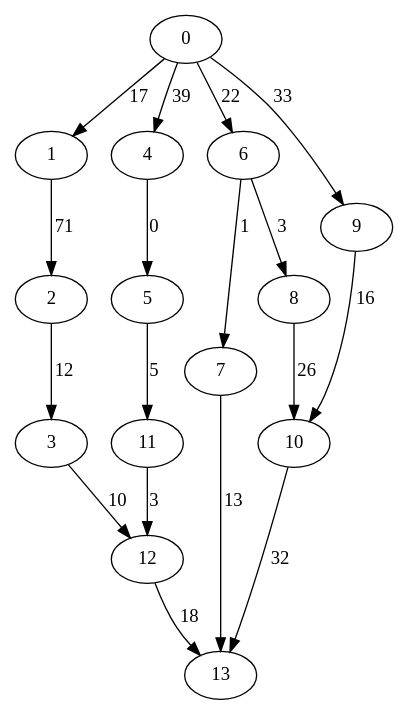
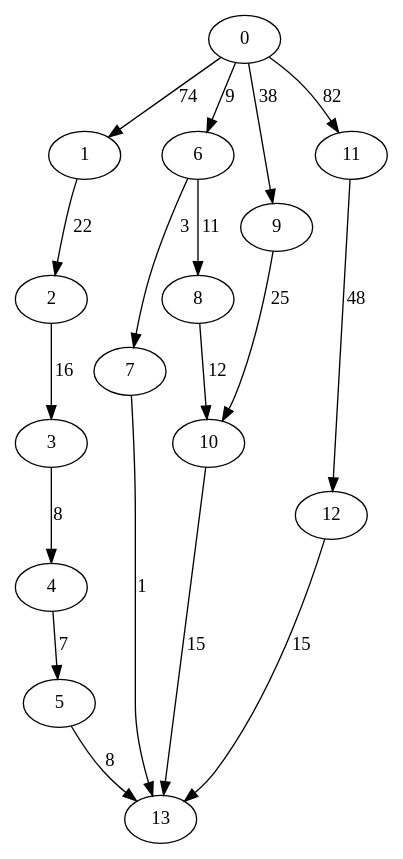
One commit to asaloniti/DagScheduling_old changed the diagram in dotfiles/data6.dot. Above: the diagram before and after it, drawn with Graphviz. The commit also changed 26 other files, not shown here.

```diff
--- a/dotfiles/data6.dot
+++ b/dotfiles/data6.dot
@@ -1,19 +1,19 @@
 digraph data6 {
-0 -> 1 [ label = 17 ];
-0 -> 4 [ label = 39 ];
-0 -> 6 [ label = 22 ];
-0 -> 9 [ label = 33 ];
-1 -> 2 [ label = 71 ];
-2 -> 3 [ label = 12 ];
-3 -> 12 [ label = 10 ];
-4 -> 5 [ label = 0 ];
-5 -> 11 [ label = 5 ];
-6 -> 7 [ label = 1 ];
-6 -> 8 [ label = 3 ];
-7 -> 13 [ label = 13 ];
-8 -> 10 [ label = 26 ];
-9 -> 10 [ label = 16 ];
-10 -> 13 [ label = 32 ];
-11 -> 12 [ label = 3 ];
-12 -> 13 [ label = 18 ];
+0 -> 1 [ label = 74 ];
+0 -> 6 [ label = 9 ];
+0 -> 9 [ label = 38 ];
+0 -> 11 [ label = 82 ];
+1 -> 2 [ label = 22 ];
+2 -> 3 [ label = 16 ];
+3 -> 4 [ label = 8 ];
+4 -> 5 [ label = 7 ];
+5 -> 13 [ label = 8 ];
+6 -> 7 [ label = 3 ];
+6 -> 8 [ label = 11 ];
+7 -> 13 [ label = 1 ];
+8 -> 10 [ label = 12 ];
+9 -> 10 [ label = 25 ];
+10 -> 13 [ label = 15 ];
+11 -> 12 [ label = 48 ];
+12 -> 13 [ label = 15 ];
  }
```
